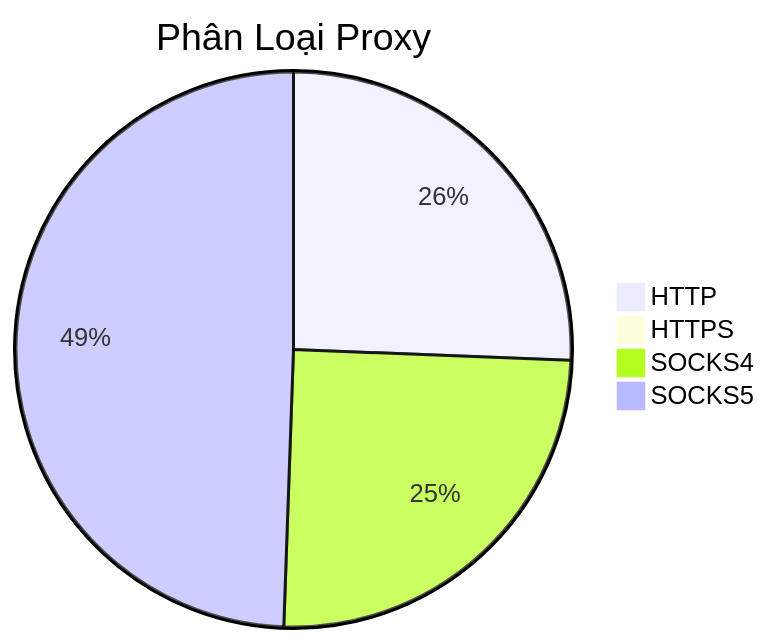
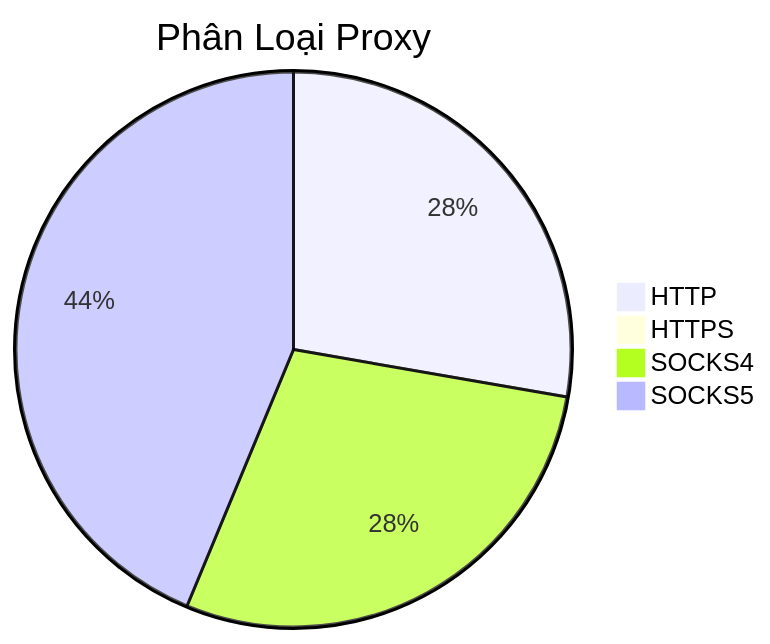
Before and after one commit to Ciara-Aa/PROXY-free: the diagram in README.md, drawn with Mermaid. The commit also changed other lines of this file and 4 other files, not shown here.

````diff
--- a/README.md
+++ b/README.md
@@ -26,7 +26,7 @@
 ```mermaid
 pie title Phân Loại Proxy
-    "HTTP" : 299
-    "HTTPS" : 3
-    "SOCKS4" : 291
-    "SOCKS5" : 577
+    "HTTP" : 248
+    "HTTPS" : 1
+    "SOCKS4" : 255
+    "SOCKS5" : 391
 ```
````
